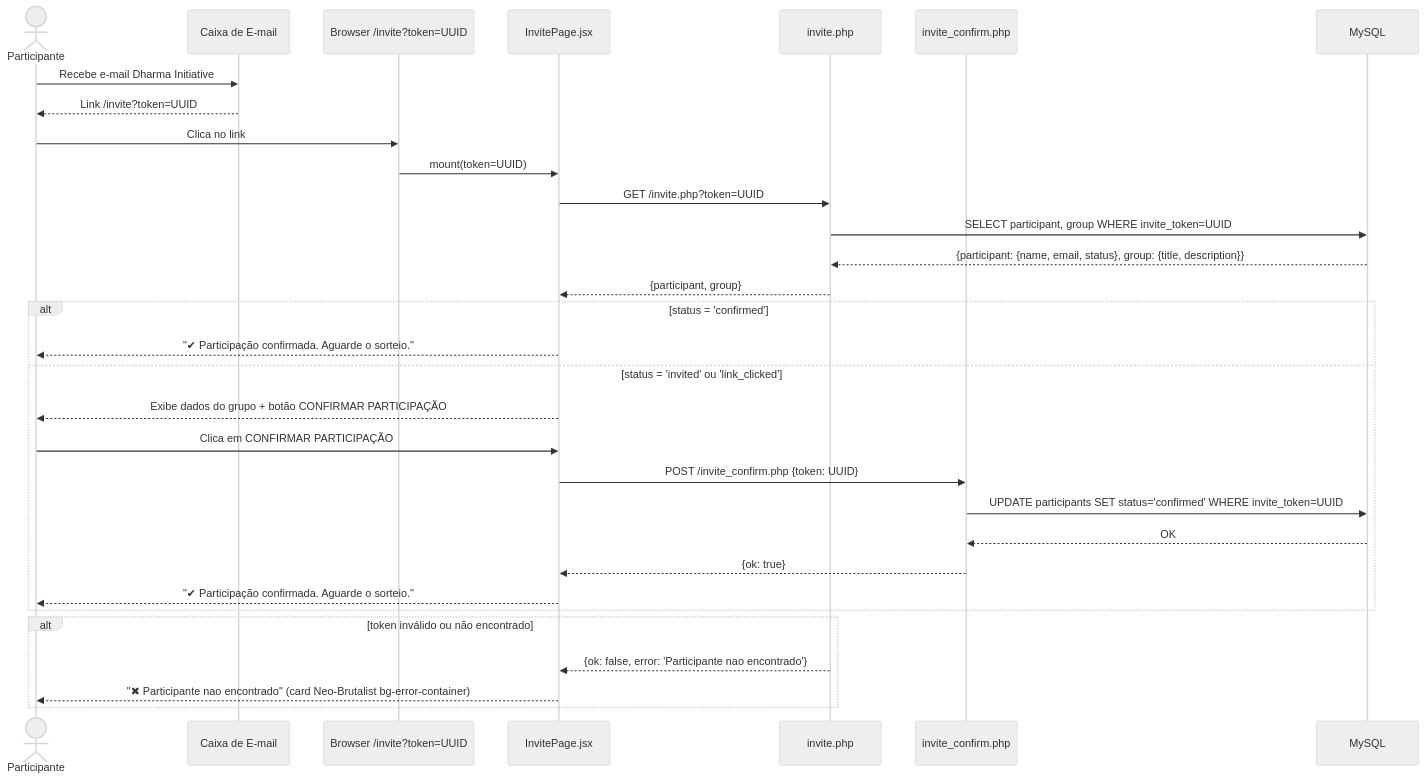
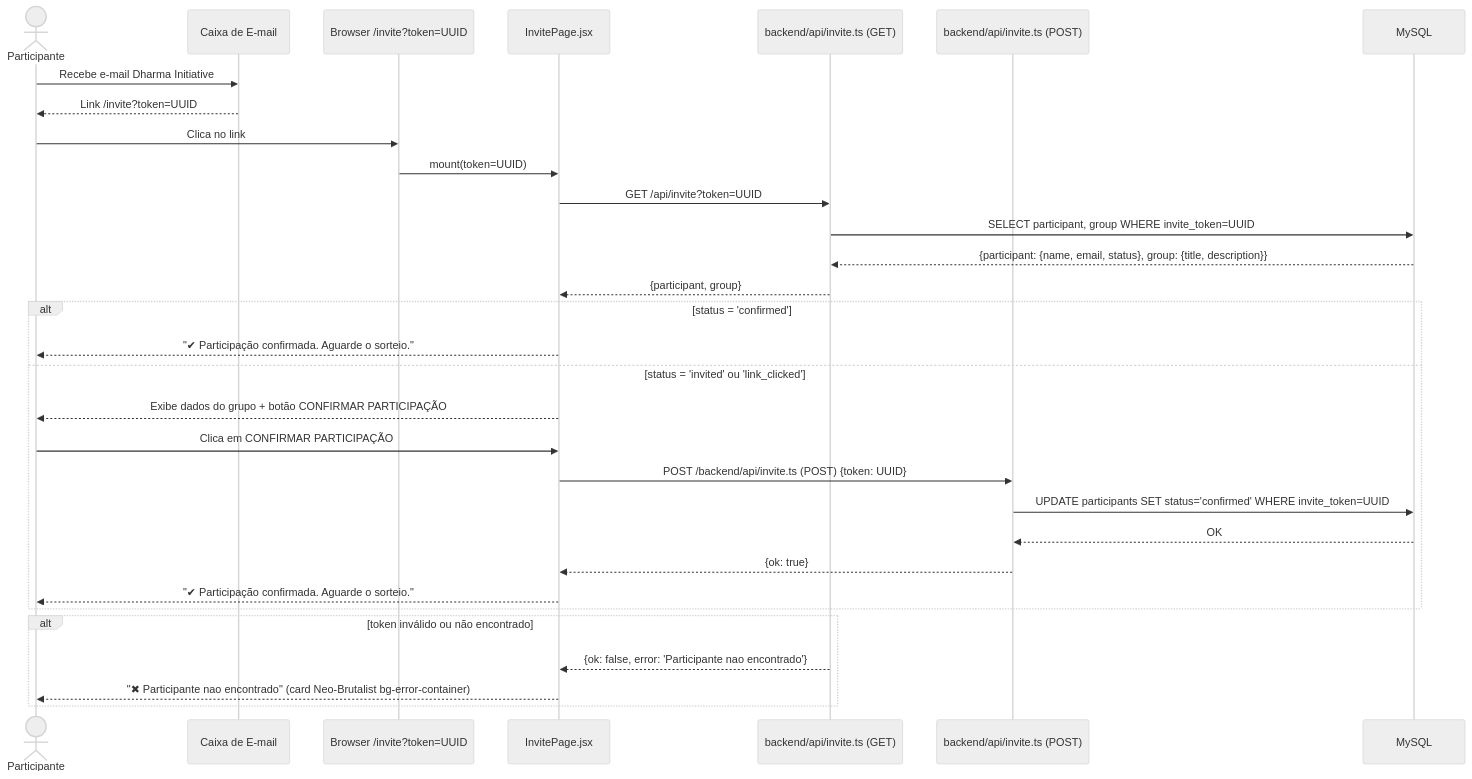
One commit to charines/AmigoSecreto changed the second of 4 diagrams in docs/modules/orquestrador_grupo.md. Above: the diagram before and after it, drawn with Mermaid (neutral theme). The commit also changed other lines of this file and 10 other files, not shown here.

````diff
--- a/docs/modules/orquestrador_grupo.md
+++ b/docs/modules/orquestrador_grupo.md
@@ -115,37 +115,37 @@
 ```mermaid
 sequenceDiagram
     actor P as Participante
     participant EMAIL as Caixa de E-mail
     participant B as Browser /invite?token=UUID
     participant I as InvitePage.jsx
-    participant API_INV as invite.php
-    participant API_CONF as invite_confirm.php
+    participant API_INV as backend/api/invite.ts (GET)
+    participant API_CONF as backend/api/invite.ts (POST)
     participant DB as MySQL
 
     P->>EMAIL: Recebe e-mail Dharma Initiative
     EMAIL-->>P: Link /invite?token=UUID
 
     P->>B: Clica no link
     B->>I: mount(token=UUID)
-    I->>API_INV: GET /invite.php?token=UUID
+    I->>API_INV: GET /api/invite?token=UUID
     API_INV->>DB: SELECT participant, group WHERE invite_token=UUID
     DB-->>API_INV: {participant: {name, email, status}, group: {title, description}}
     API_INV-->>I: {participant, group}
 
     alt status = 'confirmed'
         I-->>P: "✔ Participação confirmada. Aguarde o sorteio."
     else status = 'invited' ou 'link_clicked'
         I-->>P: Exibe dados do grupo + botão CONFIRMAR PARTICIPAÇÃO
         P->>I: Clica em CONFIRMAR PARTICIPAÇÃO
-        I->>API_CONF: POST /invite_confirm.php {token: UUID}
+        I->>API_CONF: POST /backend/api/invite.ts (POST) {token: UUID}
         API_CONF->>DB: UPDATE participants SET status='confirmed' WHERE invite_token=UUID
         DB-->>API_CONF: OK
         API_CONF-->>I: {ok: true}
         I-->>P: "✔ Participação confirmada. Aguarde o sorteio."
     end
 
     alt token inválido ou não encontrado
         API_INV-->>I: {ok: false, error: 'Participante nao encontrado'}
         I-->>P: "✖ Participante nao encontrado" (card Neo-Brutalist bg-error-container)
     end
 ```
````
